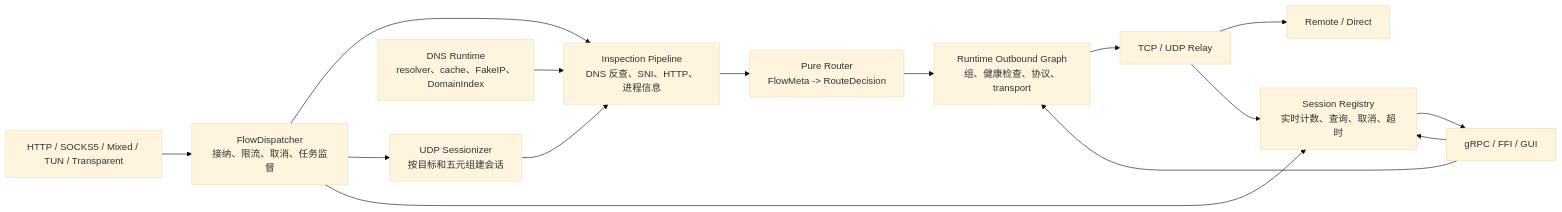
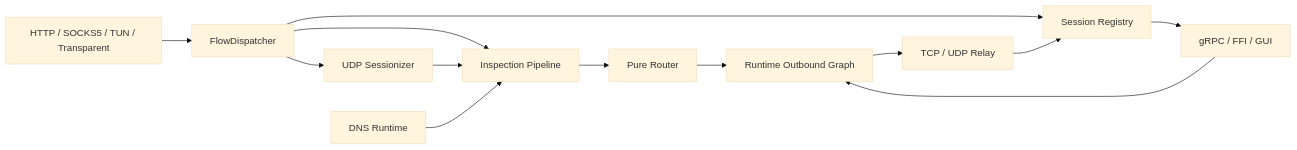
One commit to loafman1120/RustBox changed the diagram in docs/architecture.md. Above: the diagram before and after it, drawn with Mermaid (base theme). The commit also changed other lines of this file and 7 other files, not shown here.

````diff
--- a/docs/architecture.md
+++ b/docs/architecture.md
@@ -45,29 +74,23 @@
 ```mermaid
 flowchart LR
-    IN["HTTP / SOCKS5 / Mixed / TUN / Transparent"]
-    DISPATCH["FlowDispatcher<br/>接纳、限流、取消、任务监督"]
-    UDP["UDP Sessionizer<br/>按目标和五元组建会话"]
-    INSPECT["Inspection Pipeline<br/>DNS 反查、SNI、HTTP、进程信息"]
-    ROUTE["Pure Router<br/>FlowMeta -> RouteDecision"]
-    GRAPH["Runtime Outbound Graph<br/>组、健康检查、协议、transport"]
+    IN["HTTP / SOCKS5 / TUN / Transparent"]
+    DISPATCH["FlowDispatcher"]
+    UDP["UDP Sessionizer"]
+    INSPECT["Inspection Pipeline"]
+    ROUTE["Pure Router"]
+    GRAPH["Runtime Outbound Graph"]
     RELAY["TCP / UDP Relay"]
-    REMOTE["Remote / Direct"]
-    DNS["DNS Runtime<br/>resolver、cache、FakeIP、DomainIndex"]
-    SESSION["Session Registry<br/>实时计数、查询、取消、超时"]
+    DNS["DNS Runtime"]
+    SESSION["Session Registry"]
     CONTROL["gRPC / FFI / GUI"]
 
     IN --> DISPATCH
     DISPATCH --> INSPECT
-    DISPATCH --> UDP
-    UDP --> INSPECT
+    DISPATCH --> UDP --> INSPECT
     DNS --> INSPECT
-    INSPECT --> ROUTE
-    ROUTE --> GRAPH
-    GRAPH --> RELAY
-    RELAY --> REMOTE
+    INSPECT --> ROUTE --> GRAPH --> RELAY
     DISPATCH --> SESSION
     RELAY --> SESSION
     SESSION --> CONTROL
     CONTROL --> GRAPH
-    CONTROL --> SESSION
 ```
````
